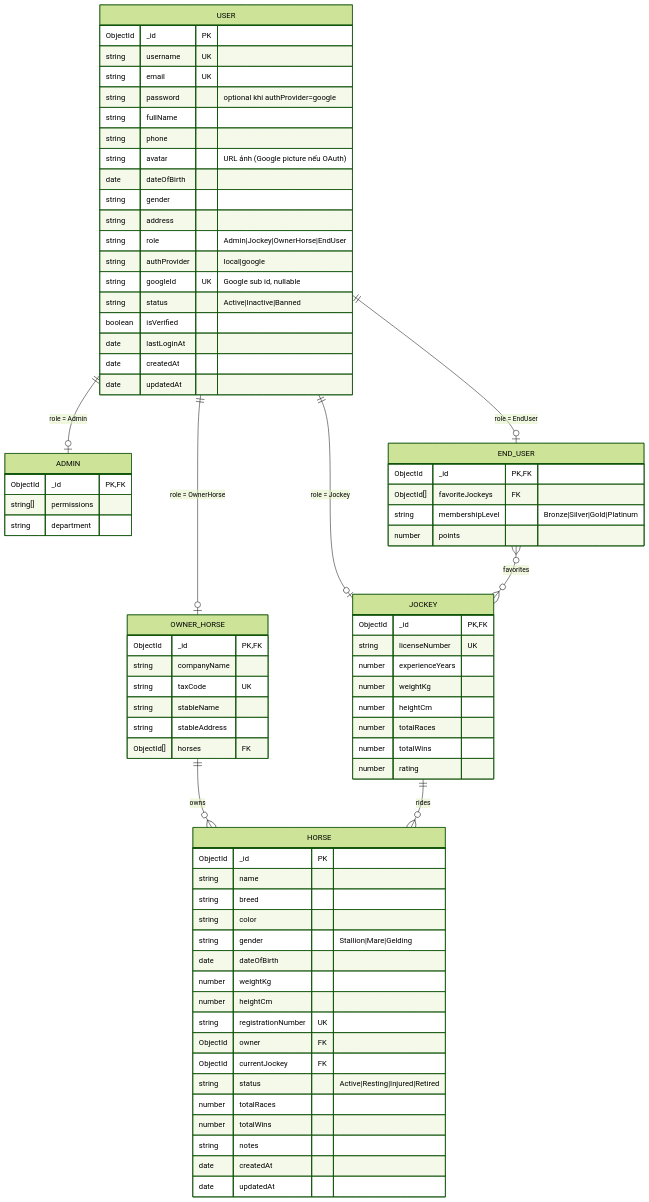
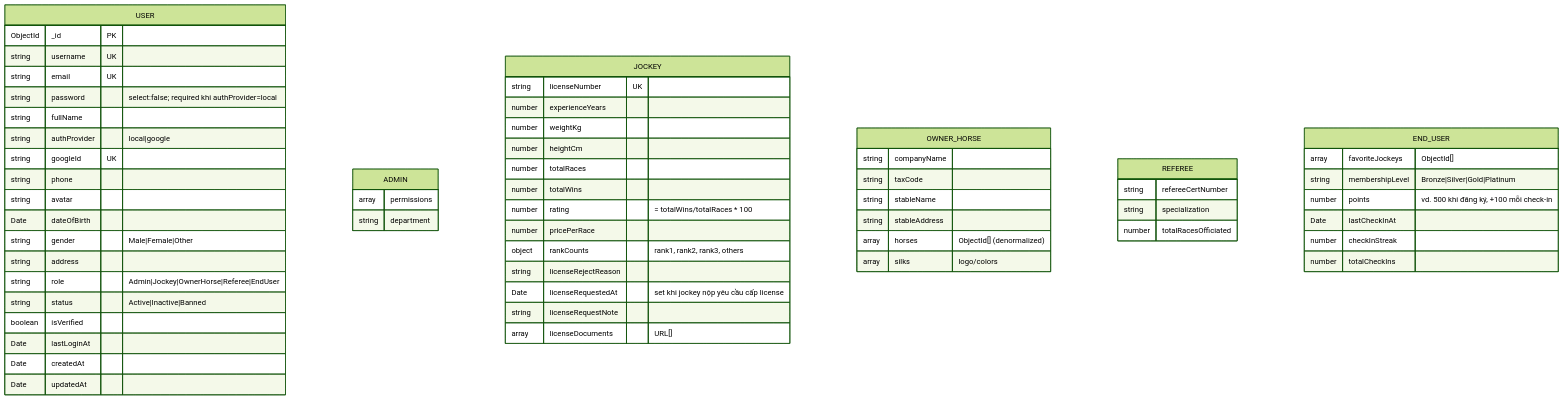
The second of 8 diagrams in docs/ERD.md (Sense9960/HorseManage), drawn with Mermaid (forest theme) before and after one commit. The commit also changed other lines of this file and 3 other files, not shown here.

````diff
--- a/docs/ERD.md
+++ b/docs/ERD.md
@@ -5,84 +44,68 @@
 ```mermaid
 erDiagram
-    USER ||--o| ADMIN : "role = Admin"
-    USER ||--o| JOCKEY : "role = Jockey"
-    USER ||--o| OWNER_HORSE : "role = OwnerHorse"
-    USER ||--o| END_USER : "role = EndUser"
-    OWNER_HORSE ||--o{ HORSE : "owns"
-    JOCKEY ||--o{ HORSE : "rides"
-    END_USER }o--o{ JOCKEY : "favorites"
-
     USER {
         ObjectId _id PK
         string   username UK
         string   email UK
-        string   password "optional khi authProvider=google"
+        string   password "select:false; required khi authProvider=local"
         string   fullName
+        string   authProvider "local|google"
+        string   googleId UK
         string   phone
-        string   avatar "URL ảnh (Google picture nếu OAuth)"
-        date     dateOfBirth
-        string   gender
+        string   avatar
+        Date     dateOfBirth
+        string   gender "Male|Female|Other"
         string   address
-        string   role "Admin|Jockey|OwnerHorse|EndUser"
-        string   authProvider "local|google"
-        string   googleId UK "Google sub id, nullable"
+        string   role "Admin|Jockey|OwnerHorse|Referee|EndUser"
         string   status "Active|Inactive|Banned"
         boolean  isVerified
-        date     lastLoginAt
-        date     createdAt
-        date     updatedAt
+        Date     lastLoginAt
+        Date     createdAt
+        Date     updatedAt
     }
 
     ADMIN {
-        ObjectId _id PK,FK
-        string[] permissions
-        string   department
+        array  permissions
+        string department
     }
 
     JOCKEY {
-        ObjectId _id PK,FK
-        string   licenseNumber UK
-        number   experienceYears
-        number   weightKg
-        number   heightCm
-        number   totalRaces
-        number   totalWins
-        number   rating
+        string licenseNumber UK
+        number experienceYears
+        number weightKg
+        number heightCm
+        number totalRaces
+        number totalWins
+        number rating "= totalWins/totalRaces * 100"
+        number pricePerRace
+        object rankCounts "rank1, rank2, rank3, others"
+        string licenseRejectReason
+        Date   licenseRequestedAt "set khi jockey nộp yêu cầu cấp license"
+        string licenseRequestNote
+        array  licenseDocuments "URL[]"
     }
 
     OWNER_HORSE {
-        ObjectId _id PK,FK
-        string   companyName
-        string   taxCode UK
-        string   stableName
-        string   stableAddress
-        ObjectId[] horses FK
+        string companyName
+        string taxCode
+        string stableName
+        string stableAddress
+        array  horses "ObjectId[] (denormalized)"
+        array  silks "logo/colors"
+    }
+
+    REFEREE {
+        string refereeCertNumber
+        string specialization
+        number totalRacesOfficiated
     }
 
     END_USER {
-        ObjectId _id PK,FK
-        ObjectId[] favoriteJockeys FK
-        string   membershipLevel "Bronze|Silver|Gold|Platinum"
-        number   points
-    }
-
-    HORSE {
-        ObjectId _id PK
-        string   name
-        string   breed
-        string   color
-        string   gender "Stallion|Mare|Gelding"
-        date     dateOfBirth
-        number   weightKg
-        number   heightCm
-        string   registrationNumber UK
-        ObjectId owner FK
-        ObjectId currentJockey FK
-        string   status "Active|Resting|Injured|Retired"
-        number   totalRaces
-        number   totalWins
-        string   notes
-        date     createdAt
-        date     updatedAt
+        array  favoriteJockeys "ObjectId[]"
+        string membershipLevel "Bronze|Silver|Gold|Platinum"
+        number points "vd. 500 khi đăng ký, +100 mỗi check-in"
+        Date   lastCheckInAt
+        number checkInStreak
+        number totalCheckIns
     }
 ```
````
